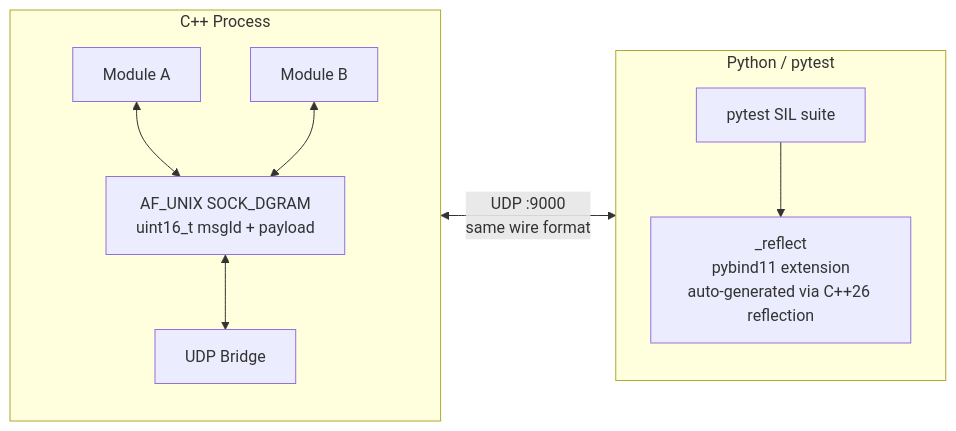
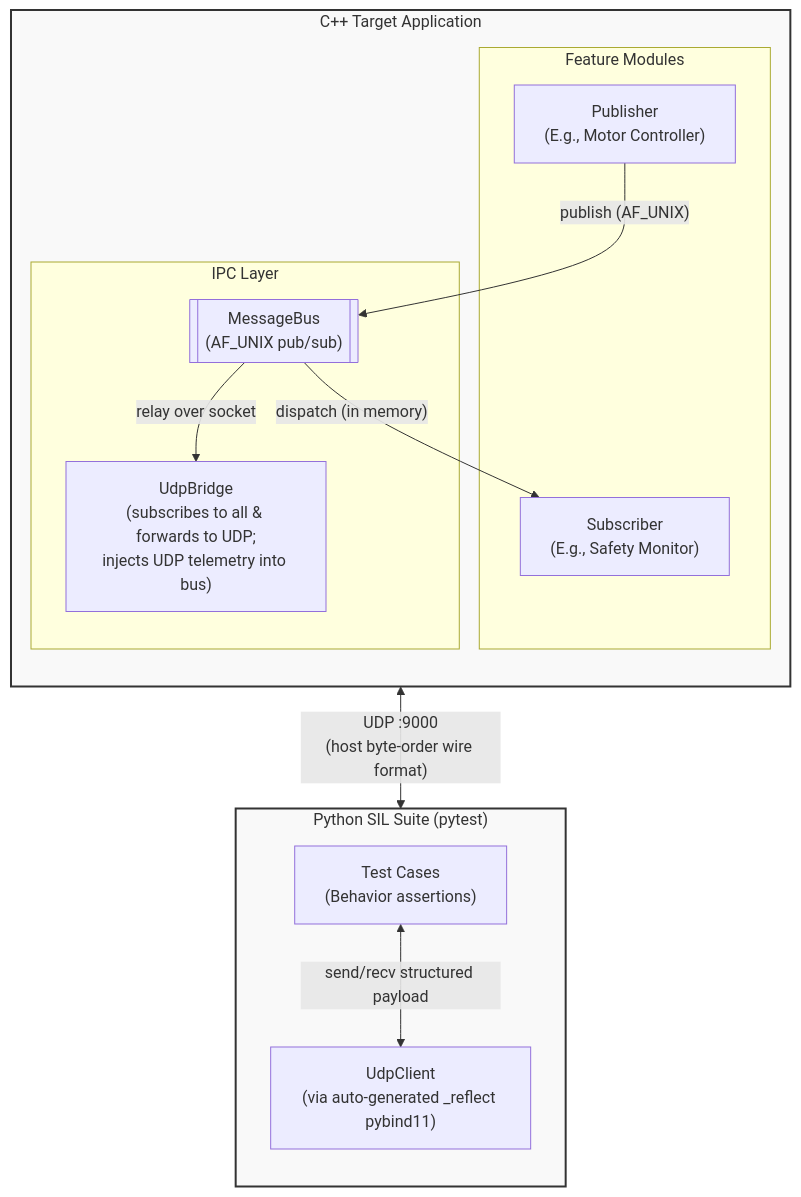
One commit to AxelBjork/reflect_pytest changed the diagram in README.md. Above: the diagram before and after it, drawn with Mermaid. The commit also changed other lines of this file and 18 other files, not shown here.

````diff
--- a/README.md
+++ b/README.md
@@ -7,22 +12,33 @@
 ```mermaid
-flowchart LR
-    subgraph cpp["C++ Process"]
+flowchart TD
+    subgraph cpp["C++ Target Application"]
         direction TB
-        A["Module A"]
-        B["Module B"]
-        BUS["AF_UNIX SOCK_DGRAM\nuint16_t msgId + payload"]
-        BRIDGE["UDP Bridge"]
-        A <--> BUS
-        B <--> BUS
-        BUS <--> BRIDGE
+        
+        subgraph modules["Feature Modules"]
+            PUB["Publisher\n(E.g., Motor Controller)"]
+            SUB["Subscriber\n(E.g., Safety Monitor)"]
+        end
+
+        subgraph ipc["IPC Layer"]
+            BUS[["MessageBus\n(AF_UNIX pub/sub)"]]
+            BRIDGE["UdpBridge\n(subscribes to all & forwards to UDP;\ninjects UDP telemetry into bus)"]
+        end
+
+        PUB -- "publish<MotorCmd> (AF_UNIX)" --> BUS
+        BUS -- "dispatch (in memory)" --> SUB
+        BUS -- "relay over socket" --> BRIDGE
     end
 
-    subgraph py["Python / pytest"]
+    subgraph py["Python SIL Suite (pytest)"]
         direction TB
-        EXT["_reflect\npybind11 extension\nauto-generated via C++26 reflection"]
-        TEST["pytest SIL suite"]
-        TEST --> EXT
+        TEST["Test Cases\n(Behavior assertions)"]
+        CLIENT["UdpClient\n(via auto-generated _reflect pybind11)"]
+        
+        TEST -- "send/recv structured payload" <--> CLIENT
     end
 
-    BRIDGE <-->|"UDP :9000\nsame wire format"| EXT
+    BRIDGE <-->|"UDP :9000\n(host byte-order wire format)"| CLIENT
+
+    classDef proc fill:#f9f9f9,stroke:#333,stroke-width:2px;
+    class cpp,py proc;
 ```
````
